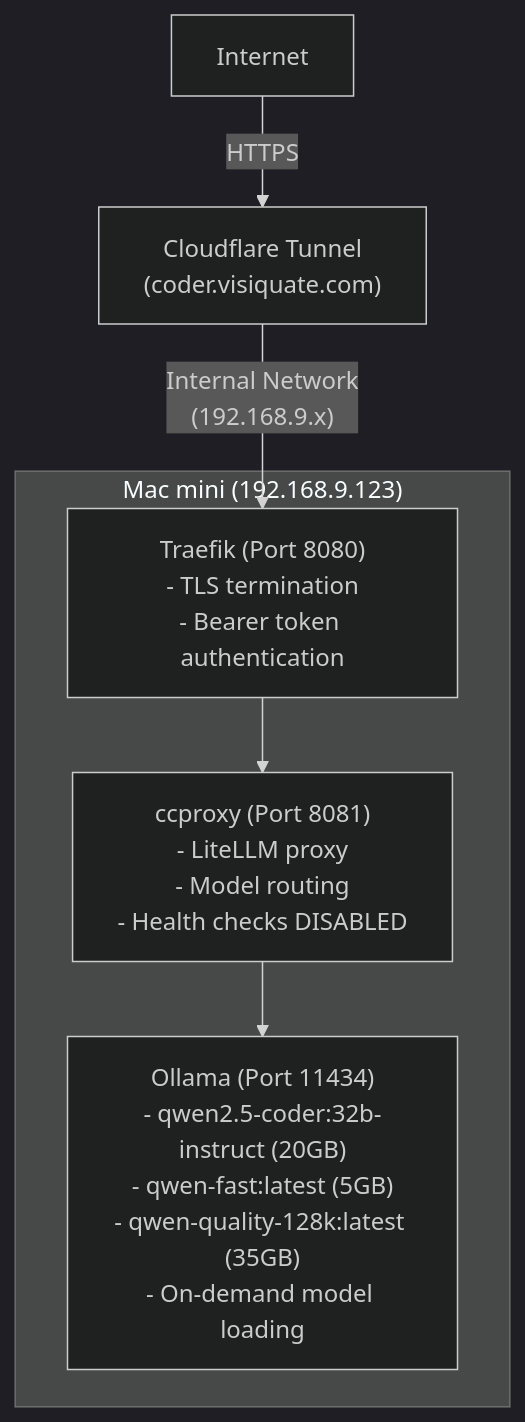
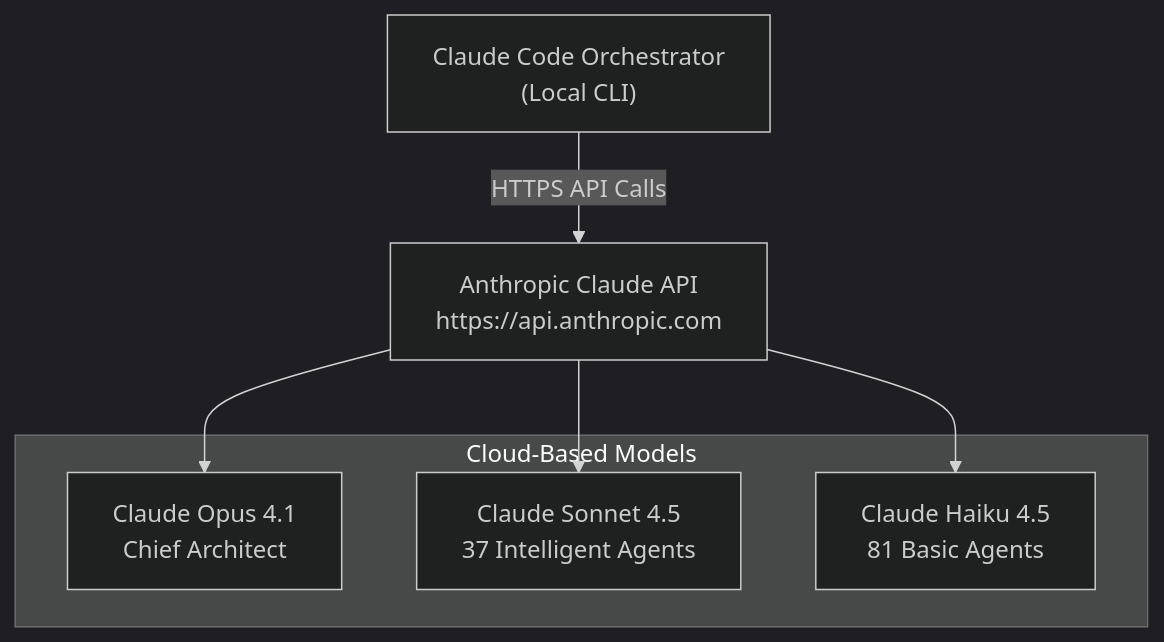
The fourth of 4 diagrams in docs/TECHNICAL_OVERVIEW.md (visiquate/cco), drawn with Mermaid (dark theme) before and after one commit. The commit also changed other lines of this file and 46 other files, not shown here.

````diff
--- a/docs/TECHNICAL_OVERVIEW.md
+++ b/docs/TECHNICAL_OVERVIEW.md
@@ -874,17 +877,17 @@
 ```mermaid
 graph TB
-    Internet["Internet"]
+    Orchestrator["Claude Code Orchestrator<br/>(Local CLI)"]
 
-    CloudflareTunnel["Cloudflare Tunnel<br/>(coder.visiquate.com)"]
+    AnthropicAPI["Anthropic Claude API<br/>https://api.anthropic.com"]
 
-    subgraph MacMini["Mac mini (192.168.9.123)"]
-        Traefik["Traefik (Port 8080)<br/>- TLS termination<br/>- Bearer token authentication"]
-        CCProxy["ccproxy (Port 8081)<br/>- LiteLLM proxy<br/>- Model routing<br/>- Health checks DISABLED"]
-        Ollama["Ollama (Port 11434)<br/>- qwen2.5-coder:32b-instruct (20GB)<br/>- qwen-fast:latest (5GB)<br/>- qwen-quality-128k:latest (35GB)<br/>- On-demand model loading"]
+    subgraph CloudModels["Cloud-Based Models"]
+        Opus["Claude Opus 4.1<br/>Chief Architect"]
+        Sonnet["Claude Sonnet 4.5<br/>37 Intelligent Agents"]
+        Haiku["Claude Haiku 4.5<br/>81 Basic Agents"]
     end
 
-    Internet -->|HTTPS| CloudflareTunnel
-    CloudflareTunnel -->|"Internal Network<br/>(192.168.9.x)"| Traefik
-    Traefik --> CCProxy
-    CCProxy --> Ollama
+    Orchestrator -->|"HTTPS API Calls"| AnthropicAPI
+    AnthropicAPI --> Opus
+    AnthropicAPI --> Sonnet
+    AnthropicAPI --> Haiku
 ```
````
